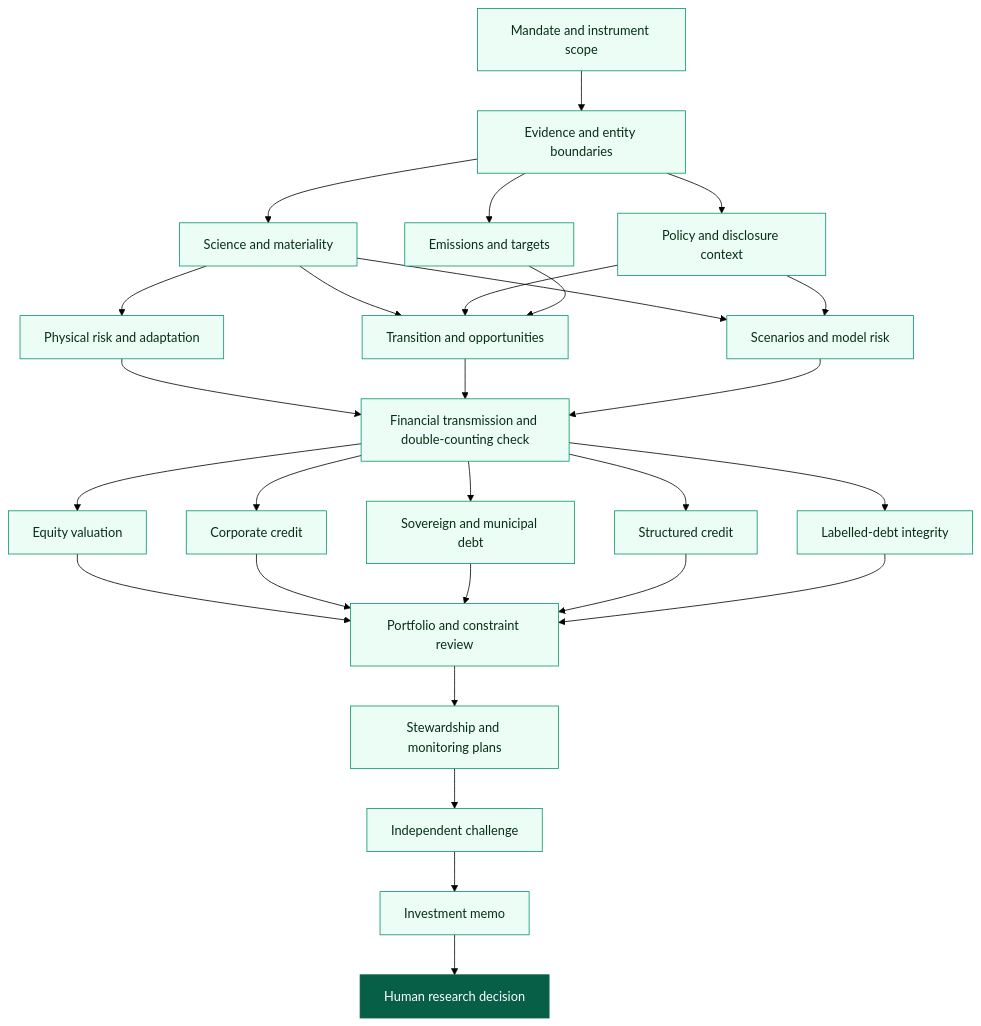
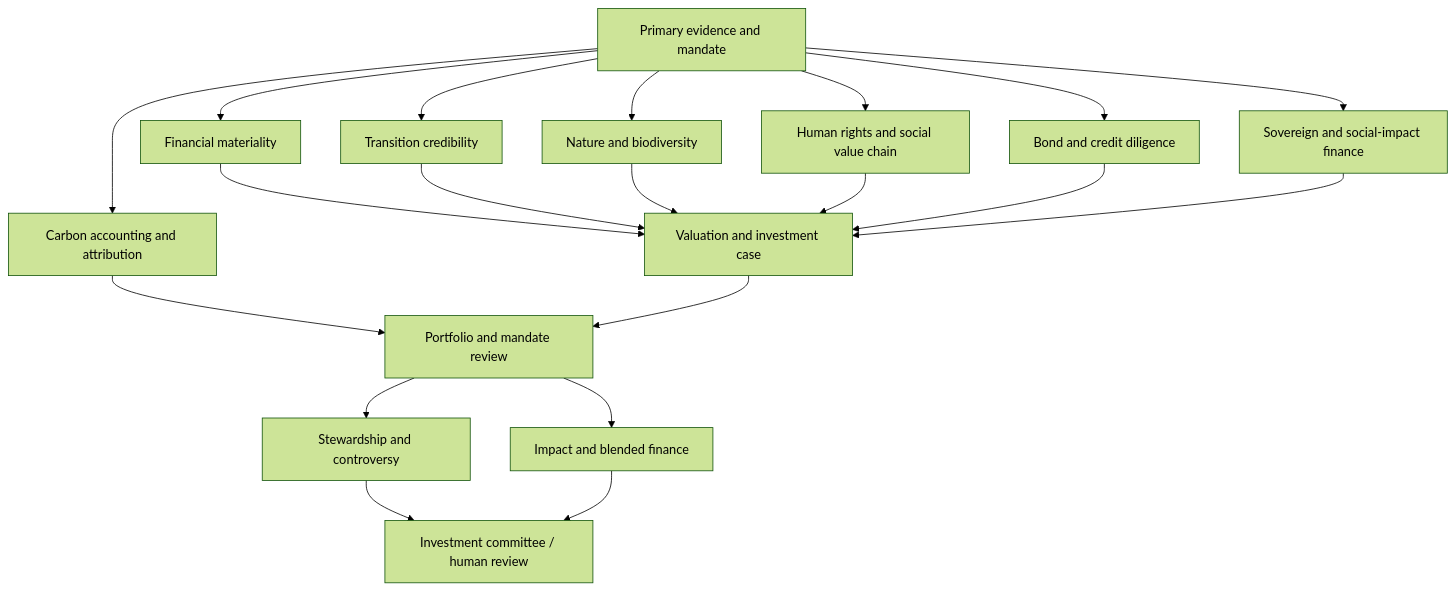
Before and after one commit to HHFinAi/HHFinAi: the diagram in README.md, drawn with Mermaid (forest theme). The commit also changed other lines of this file, not shown here.

Commit message:
Reposition profile around sustainable-finance agent ecosystem

````diff
--- a/README.md
+++ b/README.md
@@ -46,35 +19,24 @@
 ```mermaid
 flowchart TD
-    M[Mandate and instrument scope] --> E[Evidence and entity boundaries]
-    E --> S[Science and materiality]
-    E --> D[Policy and disclosure context]
-    E --> C[Emissions and targets]
-    S --> P[Physical risk and adaptation]
-    S --> T[Transition and opportunities]
-    D --> T
-    C --> T
-    S --> Q[Scenarios and model risk]
-    D --> Q
-    P --> F[Financial transmission and double-counting check]
-    T --> F
-    Q --> F
-    F --> EQ[Equity valuation]
-    F --> CB[Corporate credit]
-    F --> SB[Sovereign and municipal debt]
-    F --> SC[Structured credit]
-    F --> LB[Labelled-debt integrity]
-    EQ --> PF[Portfolio and constraint review]
-    CB --> PF
-    SB --> PF
-    SC --> PF
-    LB --> PF
-    PF --> ST[Stewardship and monitoring plans]
-    ST --> RT[Independent challenge]
-    RT --> IC[Investment memo]
-    IC --> H[Human research decision]
+    E[Primary evidence and mandate] --> M[Financial materiality]
+    E --> T[Transition credibility]
+    E --> N[Nature and biodiversity]
+    E --> H[Human rights and social value chain]
+    E --> C[Carbon accounting and attribution]
+    E --> B[Bond and credit diligence]
+    E --> S[Sovereign and social-impact finance]
 
-    %% Profile presentation only; source workflow labels and connections are unchanged.
-    classDef default fill:#ecfdf5,stroke:#059669,color:#052e16
-    classDef decision fill:#065f46,stroke:#065f46,color:#ffffff
-    class H decision
+    M --> V[Valuation and investment case]
+    T --> V
+    N --> V
+    H --> V
+    B --> V
+    S --> V
+
+    C --> P[Portfolio and mandate review]
+    V --> P
+    P --> ST[Stewardship and controversy]
+    P --> I[Impact and blended finance]
+    ST --> IC[Investment committee / human review]
+    I --> IC
 ```
````
